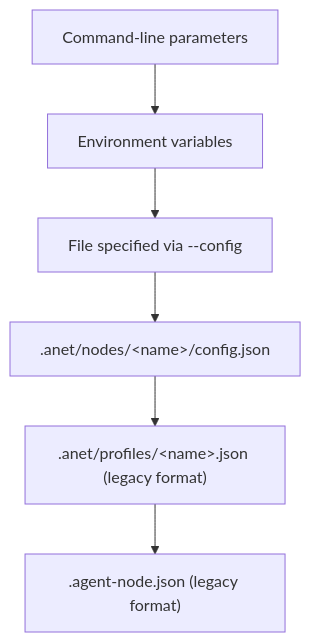
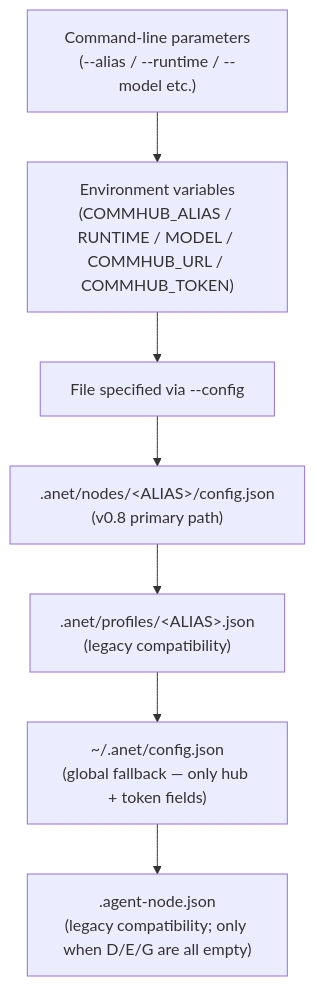
One commit to sleep2agi/agent-network changed the first of 2 diagrams in docs-site/docs/en/guide/agent-node.md. Above: the diagram before and after it, drawn with Mermaid. The commit also changed other lines of this file and 1 other file, not shown here.

````diff
--- a/docs-site/docs/en/guide/agent-node.md
+++ b/docs-site/docs/en/guide/agent-node.md
@@ -190,8 +190,9 @@
 ```mermaid
 flowchart TD
-    A["Command-line parameters"] --> B["Environment variables"]
+    A["Command-line parameters<br/>(--alias / --runtime / --model etc.)"] --> B["Environment variables<br/>(COMMHUB_ALIAS / RUNTIME / MODEL / COMMHUB_URL / COMMHUB_TOKEN)"]
     B --> C["File specified via --config"]
-    C --> D[".anet/nodes/&lt;name&gt;/config.json"]
-    D --> E[".anet/profiles/&lt;name&gt;.json (legacy format)"]
-    E --> F[".agent-node.json (legacy format)"]
+    C --> D[".anet/nodes/&lt;ALIAS&gt;/config.json<br/>(v0.8 primary path)"]
+    D --> E[".anet/profiles/&lt;ALIAS&gt;.json<br/>(legacy compatibility)"]
+    E --> G["~/.anet/config.json<br/>(global fallback — only hub + token fields)"]
+    G --> F[".agent-node.json<br/>(legacy compatibility; only when D/E/G are all empty)"]
 ```
````
